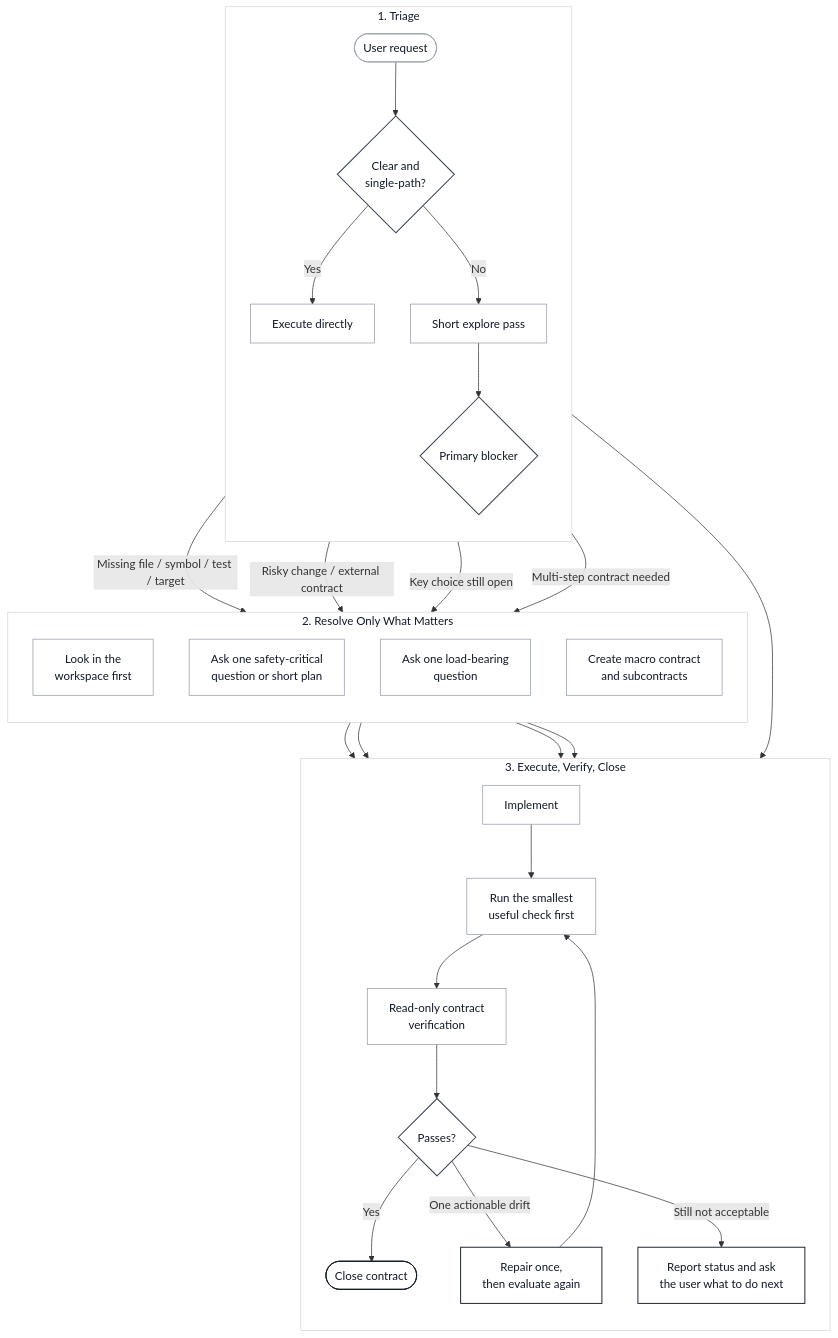
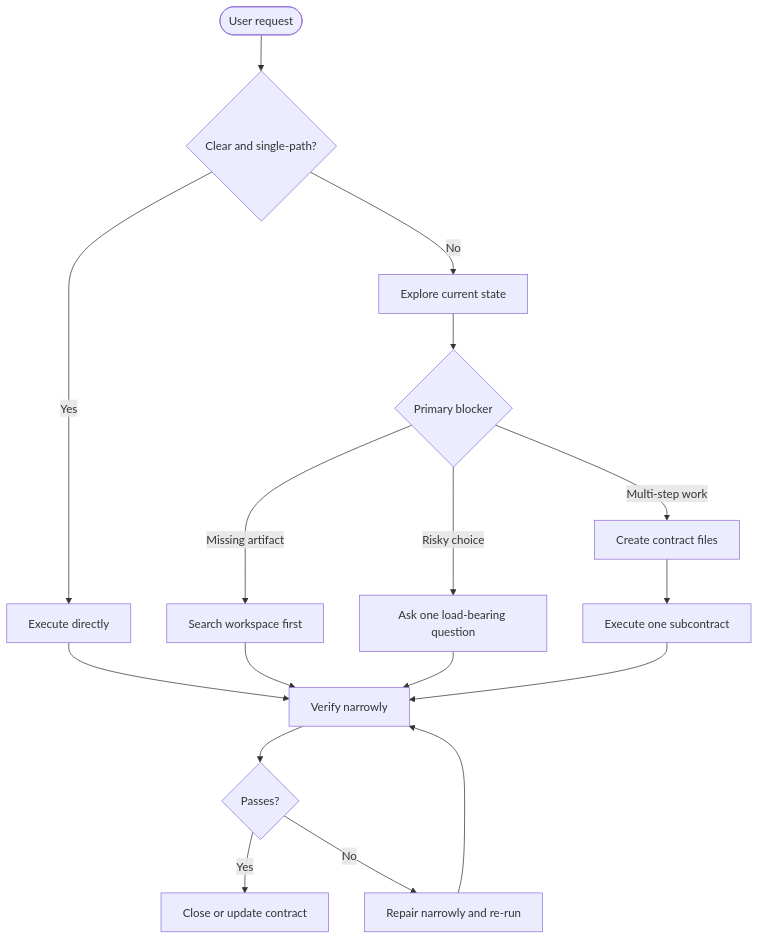
The diagram in README.md (jiyeongjun/socrates-protocol), drawn with Mermaid before and after one commit. The commit also changed other lines of this file and 44 other files, not shown here.

Commit message:
Release contract-file only Socrates v0.8.0

````diff
--- a/README.md
+++ b/README.md
@@ -39,48 +36,19 @@
 ```mermaid
 flowchart TB
-    classDef decision fill:#ffffff,stroke:#374151,stroke-width:1.4px,color:#111827;
-    classDef action fill:#ffffff,stroke:#9ca3af,stroke-width:1.1px,color:#111827;
-    classDef emphasis fill:#ffffff,stroke:#111827,stroke-width:1.3px,color:#111827;
-
-    subgraph T["1. Triage"]
-        direction TB
-        A([User request]):::action --> B{Clear and<br/>single-path?}:::decision
-        B -- Yes --> C[Execute directly]:::action
-        B -- No --> D[Short explore pass]:::action
-        D --> E{Primary blocker}:::decision
-    end
-
-    subgraph R["2. Resolve Only What Matters"]
-        direction TB
-        F[Look in the<br/>workspace first]:::action
-        G[Ask one safety-critical<br/>question or short plan]:::action
-        H[Ask one load-bearing<br/>question]:::action
-        I[Create macro contract<br/>and subcontracts]:::action
-    end
-
-    subgraph X["3. Execute, Verify, Close"]
-        direction TB
-        J[Implement]:::action --> K[Run the smallest<br/>useful check first]:::action
-        K --> L[Read-only contract<br/>verification]:::action
-        L --> M{Passes?}:::decision
-        M -- Yes --> N([Close contract]):::emphasis
-        M -- One actionable drift --> O[Repair once,<br/>then evaluate again]:::emphasis
-        M -- Still not acceptable --> P[Report status and ask<br/>the user what to do next]:::emphasis
-    end
-
-    E -- Missing file / symbol / test / target --> F
-    E -- Risky change / external contract --> G
-    E -- Key choice still open --> H
-    E -- Multi-step contract needed --> I
-
-    C --> K
-    F --> J
-    G --> J
-    H --> J
-    I --> J
-    O --> K
-
-    style T fill:#ffffff,stroke:#d1d5db,stroke-width:1px,color:#111827
-    style R fill:#ffffff,stroke:#d1d5db,stroke-width:1px,color:#111827
-    style X fill:#ffffff,stroke:#d1d5db,stroke-width:1px,color:#111827
+    A([User request]) --> B{Clear and single-path?}
+    B -- Yes --> C[Execute directly]
+    B -- No --> D[Explore current state]
+    D --> E{Primary blocker}
+    E -- Missing artifact --> F[Search workspace first]
+    E -- Risky choice --> G[Ask one load-bearing question]
+    E -- Multi-step work --> H[Create contract files]
+    C --> I[Verify narrowly]
+    F --> I
+    G --> I
+    H --> J[Execute one subcontract]
+    J --> I
+    I --> K{Passes?}
+    K -- Yes --> L[Close or update contract]
+    K -- No --> M[Repair narrowly and re-run]
+    M --> I
 ```
````
